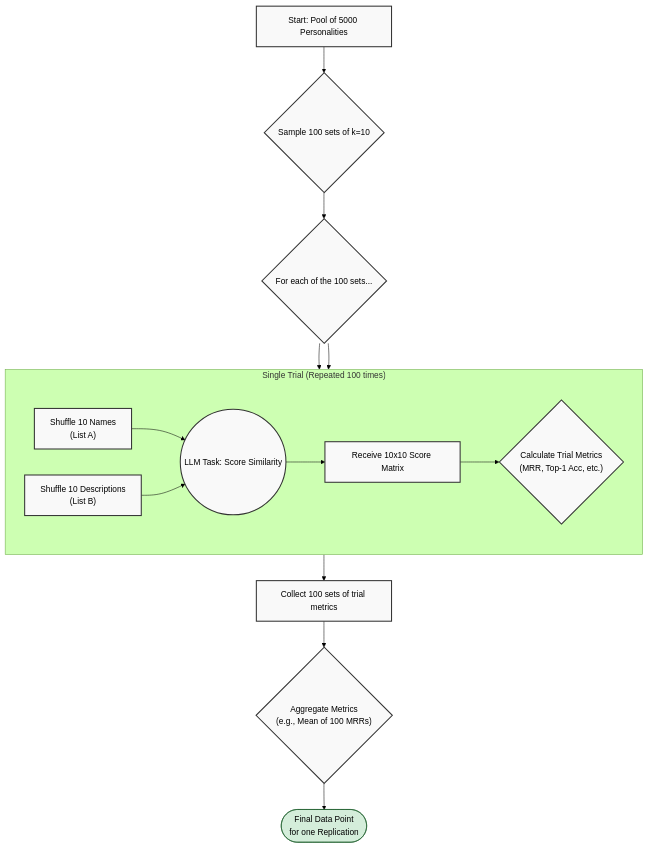
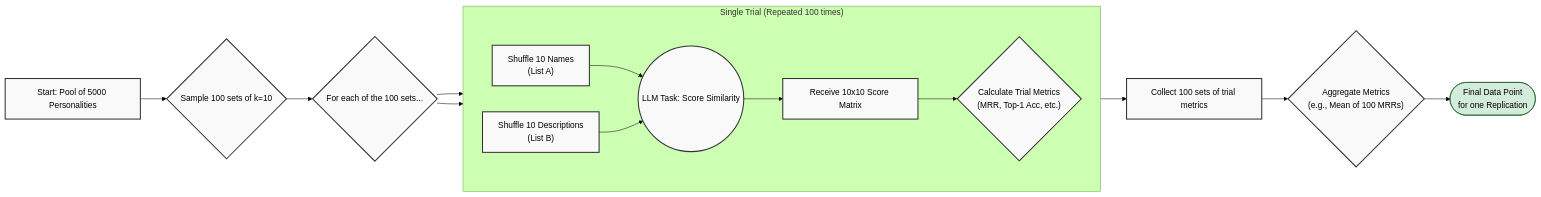
Before and after one commit to peterjmarko/llm-narrative-framework: the diagram in docs/diagrams/architecture_experimental_logic.mmd, drawn with Mermaid (forest theme). The commit also changed 9 other files, not shown here.

Commit message:
style(docs): Adjust diagram layouts for RTF output

```diff
--- a/docs/diagrams/architecture_experimental_logic.mmd
+++ b/docs/diagrams/architecture_experimental_logic.mmd
@@ -1,27 +1,27 @@
-graph TD
+graph LR
     A[Start: Pool of 5000 Personalities] --> B{Sample 100 sets of k=10};
     
     B --> C{For each of the 100 sets...};
     
     subgraph "Single Trial (Repeated 100 times)"
         direction LR
         D["Shuffle 10 Names<br/>(List A)"];
         E["Shuffle 10 Descriptions<br/>(List B)"];
         F((LLM Task: Score Similarity));
         G[Receive 10x10 Score Matrix];
         H{"Calculate Trial Metrics<br/>(MRR, Top-1 Acc, etc.)"};
         D & E --> F;
         F --> G;
         G --> H;
     end
 
     C --> D;
     C --> E;
     H --> I[Collect 100 sets of trial metrics];
     I --> J{"Aggregate Metrics<br/>(e.g., Mean of 100 MRRs)"};
     J --> K(["Final Data Point<br/>for one Replication"]);
 
     classDef step fill:#f9f9f9,stroke:#333,stroke-width:2px;
     classDef final fill:#d4edda,stroke:#155724;
     class A,B,C,D,E,F,G,H,I,J step;
     class K final;
```
